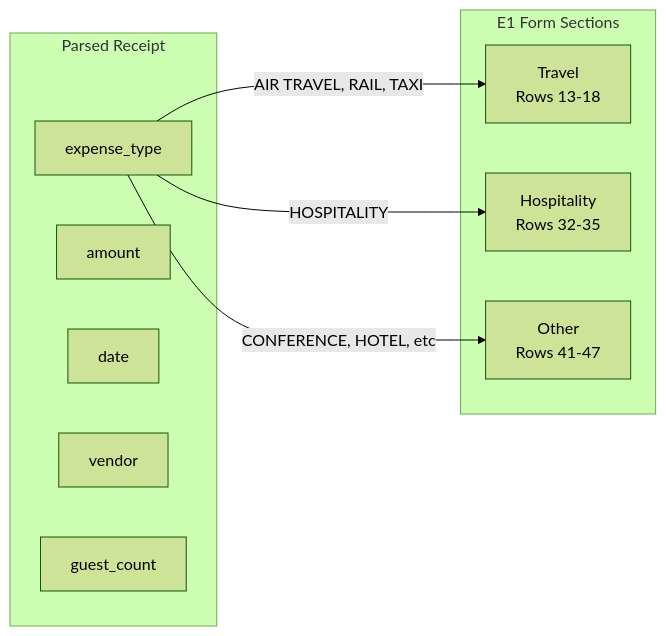
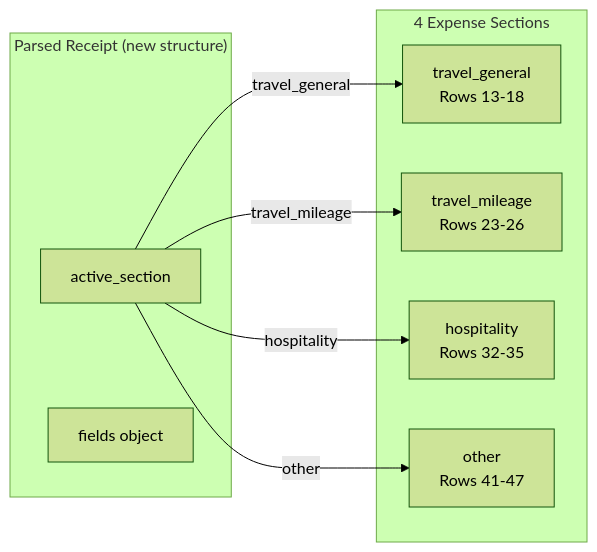
One commit to VishalJ99/imperial-cs-expense-filler changed the fourth of 4 diagrams in context.md. Above: the diagram before and after it, drawn with Mermaid (forest theme). The commit also changed other lines of this file and 8 other files, not shown here.

First line of the commit message:
WIP: Type-specific receipt fields refactoring (has runtime error)

````diff
--- a/context.md
+++ b/context.md
@@ -112,20 +116,19 @@
 ```mermaid
 flowchart LR
-    subgraph Input["Parsed Receipt"]
-        type["expense_type"]
-        amount["amount"]
-        date["date"]
-        vendor["vendor"]
-        guests["guest_count"]
+    subgraph ParsedReceipt["Parsed Receipt (new structure)"]
+        active["active_section"]
+        fields["fields object"]
     end
 
-    subgraph Excel["E1 Form Sections"]
-        travel["Travel<br/>Rows 13-18"]
-        hosp["Hospitality<br/>Rows 32-35"]
-        other["Other<br/>Rows 41-47"]
+    subgraph Sections["4 Expense Sections"]
+        travel["travel_general<br/>Rows 13-18"]
+        mileage["travel_mileage<br/>Rows 23-26"]
+        hosp["hospitality<br/>Rows 32-35"]
+        other["other<br/>Rows 41-47"]
     end
 
-    type -->|AIR TRAVEL, RAIL, TAXI| travel
-    type -->|HOSPITALITY| hosp
-    type -->|CONFERENCE, HOTEL, etc| other
+    active -->|travel_general| travel
+    active -->|travel_mileage| mileage
+    active -->|hospitality| hosp
+    active -->|other| other
 ```
````
